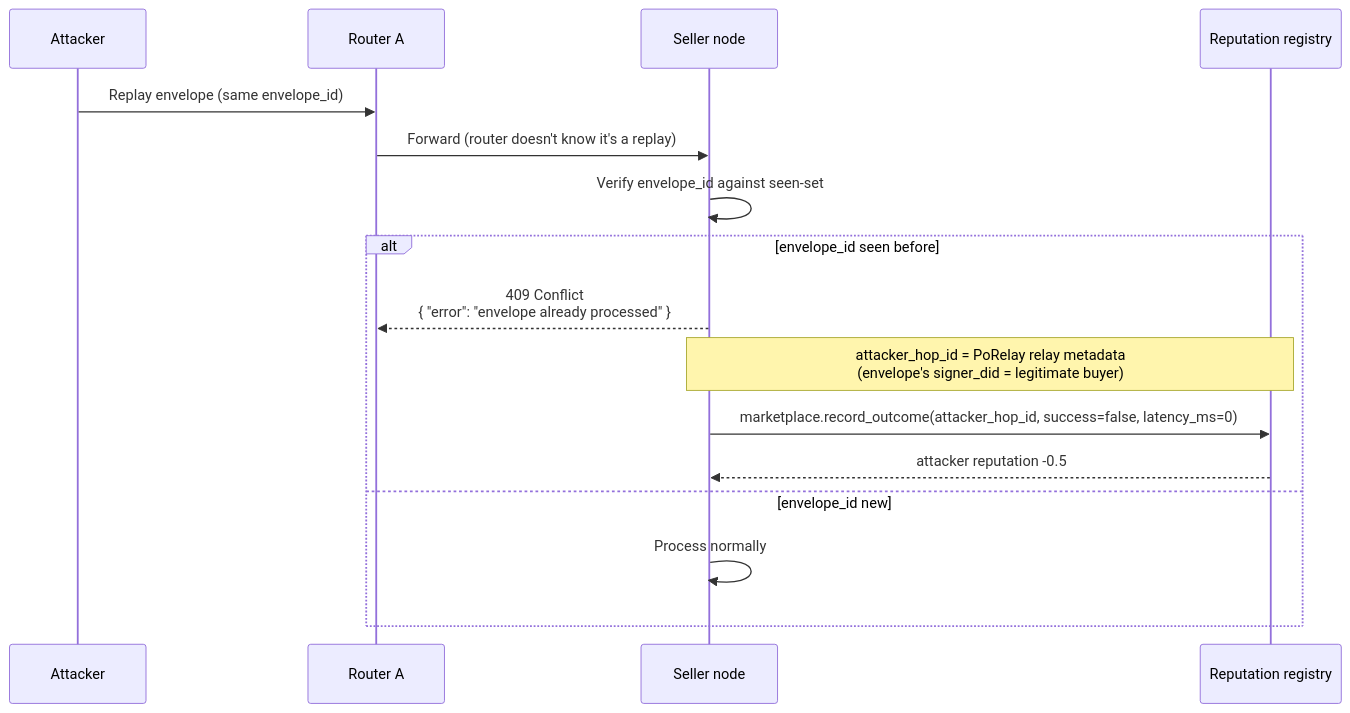
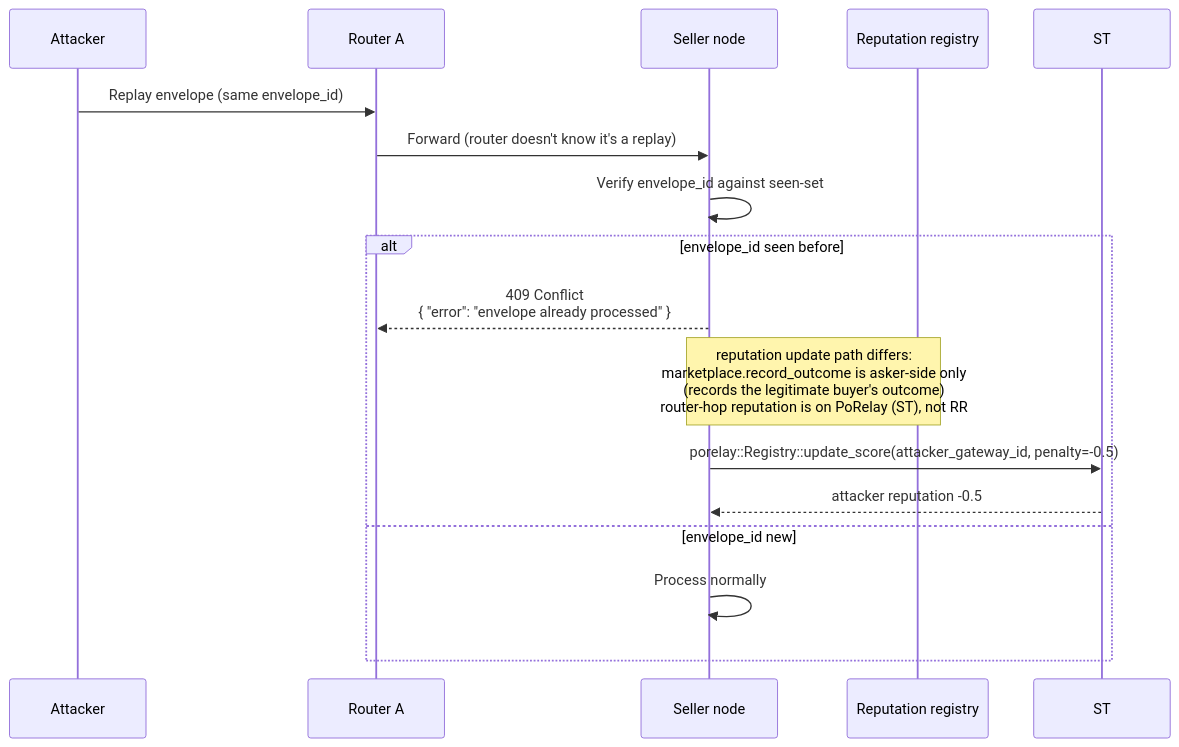
Diagram 11 of 14 in docs/architecture/end-to-end-scenarios.md (CipherOcto/cipherocto), drawn with Mermaid before and after one commit. The commit also changed other lines of this file, not shown here.

````diff
--- a/docs/architecture/end-to-end-scenarios.md
+++ b/docs/architecture/end-to-end-scenarios.md
@@ -482,19 +480,19 @@
 ```mermaid
 sequenceDiagram
     participant A as Attacker
     participant P1 as Router A
     participant SN as Seller node
     participant RR as Reputation registry
 
     A->>P1: Replay envelope (same envelope_id)
     P1->>SN: Forward (router doesn't know it's a replay)
     SN->>SN: Verify envelope_id against seen-set
     alt envelope_id seen before
         SN-->>P1: 409 Conflict<br/>{ "error": "envelope already processed" }
-        Note over SN,RR: attacker_hop_id = PoRelay relay metadata<br/>(envelope's signer_did = legitimate buyer)
-        SN->>RR: marketplace.record_outcome(attacker_hop_id, success=false, latency_ms=0)
-        RR-->>SN: attacker reputation -0.5
+        Note over SN,RR: reputation update path differs:<br/>marketplace.record_outcome is asker-side only<br/>(records the legitimate buyer's outcome)<br/>router-hop reputation is on PoRelay (ST), not RR
+        SN->>ST: porelay::Registry::update_score(attacker_gateway_id, penalty=-0.5)
+        ST-->>SN: attacker reputation -0.5
     else envelope_id new
         SN->>SN: Process normally
     end
 ```
````
